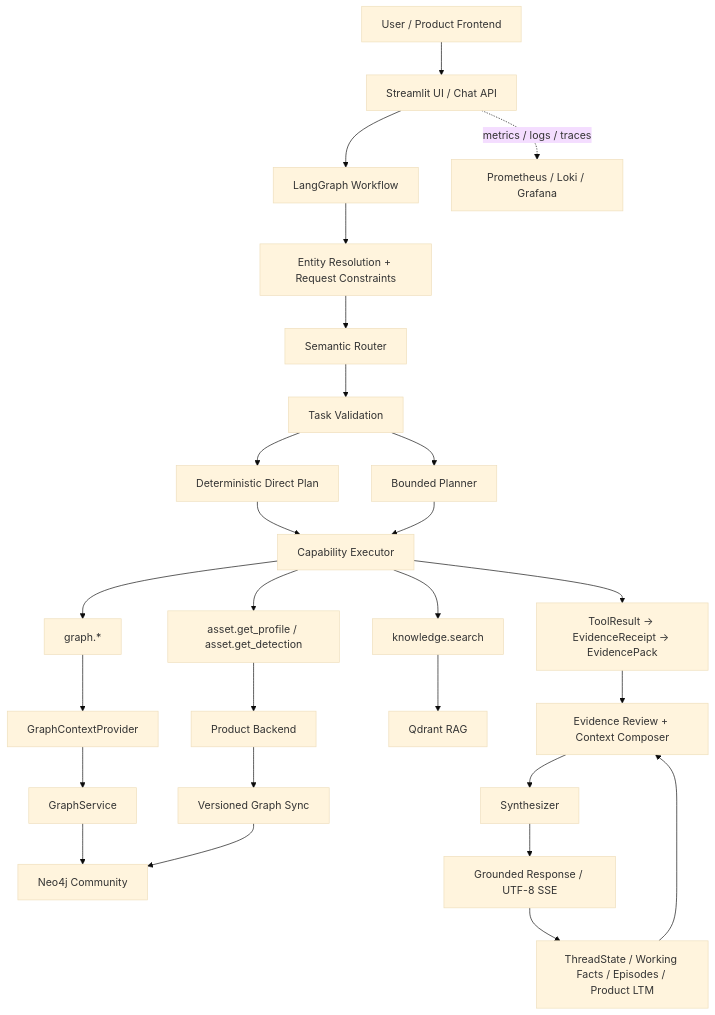
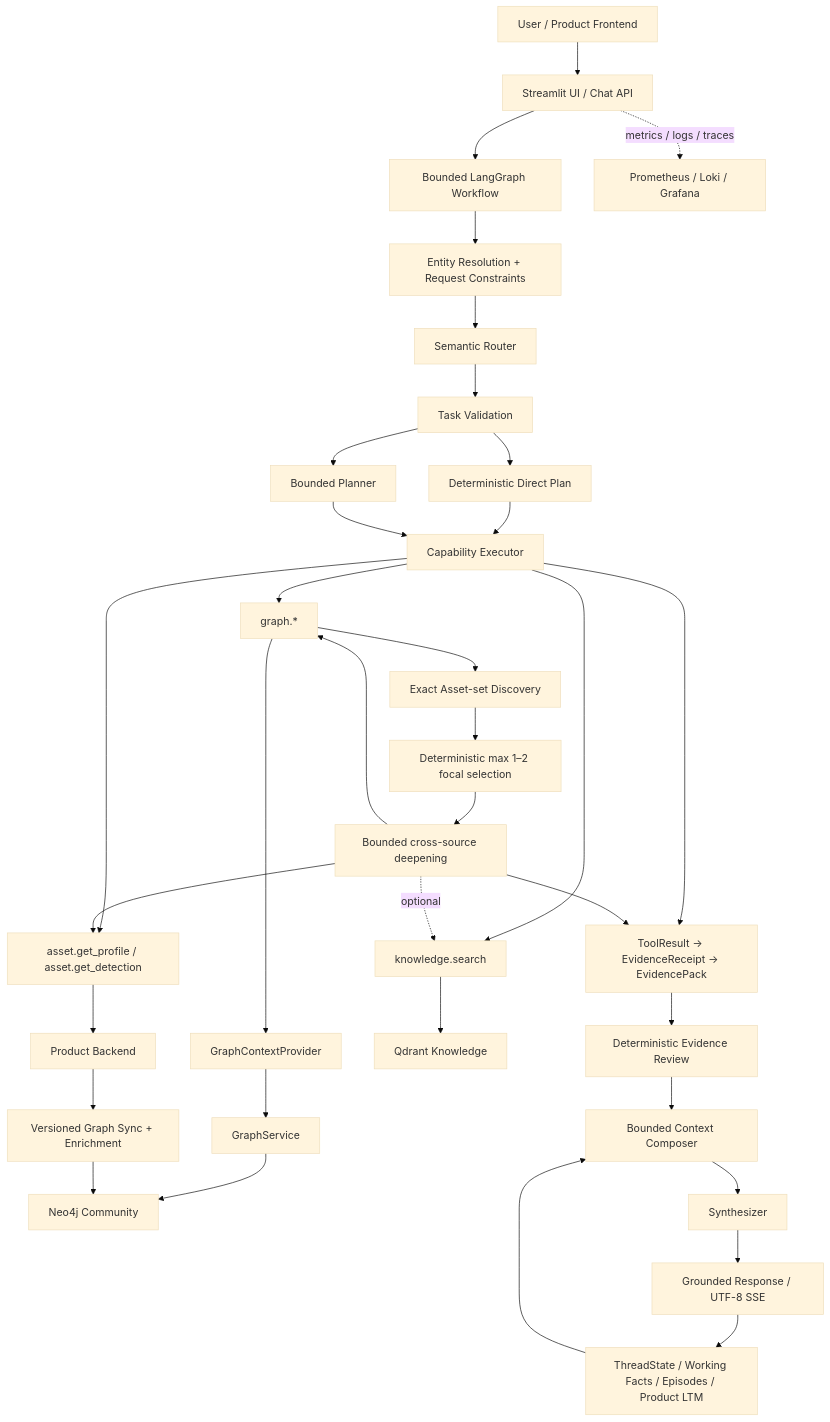
The diagram in README.md (alirzx/Soorin_Copilot), drawn with Mermaid (base theme) before and after one commit. The commit also changed other lines of this file, not shown here.

Commit message:
docs(readme): document bounded exact-search investigation

````diff
--- a/README.md
+++ b/README.md
@@ -9,35 +9,44 @@
 ```mermaid
 flowchart TD
     U[User / Product Frontend] --> API[Streamlit UI / Chat API]
-    API --> WF[LangGraph Workflow]
+    API --> WF[Bounded LangGraph Workflow]
 
     WF --> ENT[Entity Resolution + Request Constraints]
     ENT --> RT[Semantic Router]
     RT --> VAL[Task Validation]
     VAL --> DP[Deterministic Direct Plan]
     VAL --> PL[Bounded Planner]
     DP --> EX[Capability Executor]
     PL --> EX
 
     EX --> AS[asset.get_profile / asset.get_detection]
     EX --> GR[graph.*]
     EX --> KB[knowledge.search]
 
+    GR --> DISC[Exact Asset-set Discovery]
+    DISC --> SEL[Deterministic max 1–2 focal selection]
+    SEL --> DEEP[Bounded cross-source deepening]
+    DEEP --> AS
+    DEEP --> GR
+    DEEP -. optional .-> KB
+
     AS --> PROD[Product Backend]
     GR --> GCP[GraphContextProvider]
     GCP --> GS[GraphService]
     GS --> NEO[Neo4j Community]
-    KB --> QD[Qdrant RAG]
+    KB --> QD[Qdrant Knowledge]
 
-    PROD --> SYNC[Versioned Graph Sync]
+    PROD --> SYNC[Versioned Graph Sync + Enrichment]
     SYNC --> NEO
 
     EX --> EV[ToolResult → EvidenceReceipt → EvidencePack]
-    EV --> REV[Evidence Review + Context Composer]
-    MEM[ThreadState / Working Facts / Episodes / Product LTM] --> REV
-    REV --> SYN[Synthesizer]
+    DEEP --> EV
+    EV --> REV[Deterministic Evidence Review]
+    REV --> CTX[Bounded Context Composer]
+    MEM[ThreadState / Working Facts / Episodes / Product LTM] --> CTX
+    CTX --> SYN[Synthesizer]
     SYN --> OUT[Grounded Response / UTF-8 SSE]
     OUT --> MEM
 
     API -. metrics / logs / traces .-> OBS[Prometheus / Loki / Grafana]
 ```
````
